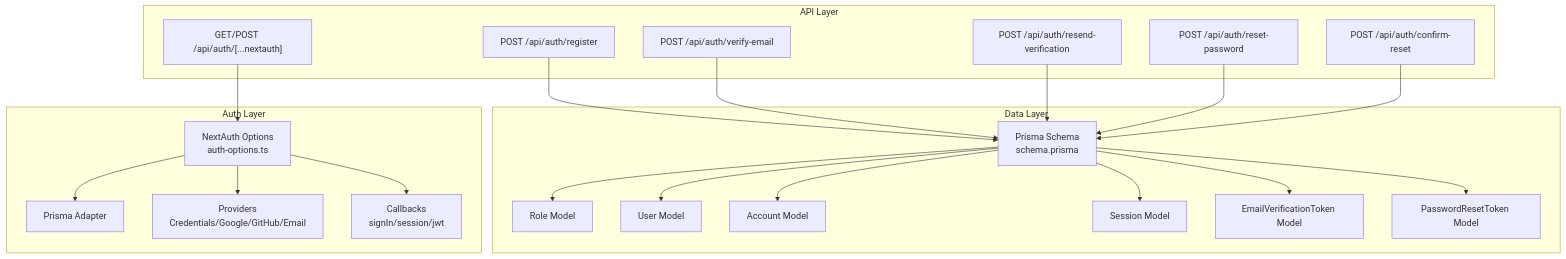
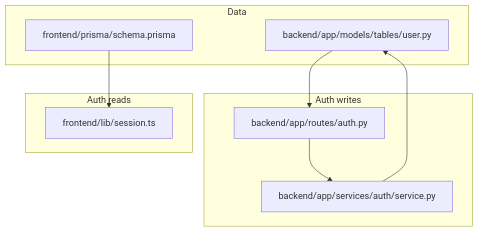
The first of 5 diagrams in src/data/docs/talentsync/Database Design/User Management System.md (tashifkhan/tashif.codes), drawn with Mermaid before and after one commit. The commit also changed other lines of this file and 2128 other files, not shown here.

First line of the commit message:
docs: replace raster diagram images with native Mermaid across project guides

````diff
--- a/src/data/docs/talentsync/Database Design/User Management System.md
+++ b/src/data/docs/talentsync/Database Design/User Management System.md
@@ -9,41 +7,18 @@
 ```mermaid
 graph TB
-subgraph "Data Layer"
-PRISMA["Prisma Schema<br/>schema.prisma"]
-ROLE["Role Model"]
-USER["User Model"]
-ACCOUNT["Account Model"]
-SESSION["Session Model"]
-EMAIL_TOKEN["EmailVerificationToken Model"]
-PASS_RESET["PasswordResetToken Model"]
+subgraph "Data"
+PRISMA["frontend/prisma/schema.prisma"]
+SQL["backend/app/models/tables/user.py"]
 end
-subgraph "Auth Layer"
-NEXTAUTH["NextAuth Options<br/>auth-options.ts"]
-ADAPTER["Prisma Adapter"]
-PROVIDERS["Providers<br/>Credentials/Google/GitHub/Email"]
-CALLBACKS["Callbacks<br/>signIn/session/jwt"]
+subgraph "Auth writes"
+AUTH["backend/app/routes/auth.py"]
+SVC["backend/app/services/auth/service.py"]
 end
-subgraph "API Layer"
-REG_API["POST /api/auth/register"]
-VERIFY_API["POST /api/auth/verify-email"]
-RESEND_API["POST /api/auth/resend-verification"]
-RESET_API["POST /api/auth/reset-password"]
-CONFIRM_API["POST /api/auth/confirm-reset"]
-NEXTAUTH_ROUTE["GET/POST /api/auth/[...nextauth]"]
+subgraph "Auth reads"
+SESS["frontend/lib/session.ts"]
 end
-PRISMA --> ROLE
-PRISMA --> USER
-PRISMA --> ACCOUNT
-PRISMA --> SESSION
-PRISMA --> EMAIL_TOKEN
-PRISMA --> PASS_RESET
-NEXTAUTH --> ADAPTER
-NEXTAUTH --> PROVIDERS
-NEXTAUTH --> CALLBACKS
-REG_API --> PRISMA
-VERIFY_API --> PRISMA
-RESEND_API --> PRISMA
-RESET_API --> PRISMA
-CONFIRM_API --> PRISMA
-NEXTAUTH_ROUTE --> NEXTAUTH
+PRISMA --> SESS
+SQL --> AUTH
+AUTH --> SVC
+SVC --> SQL
 ```
````
